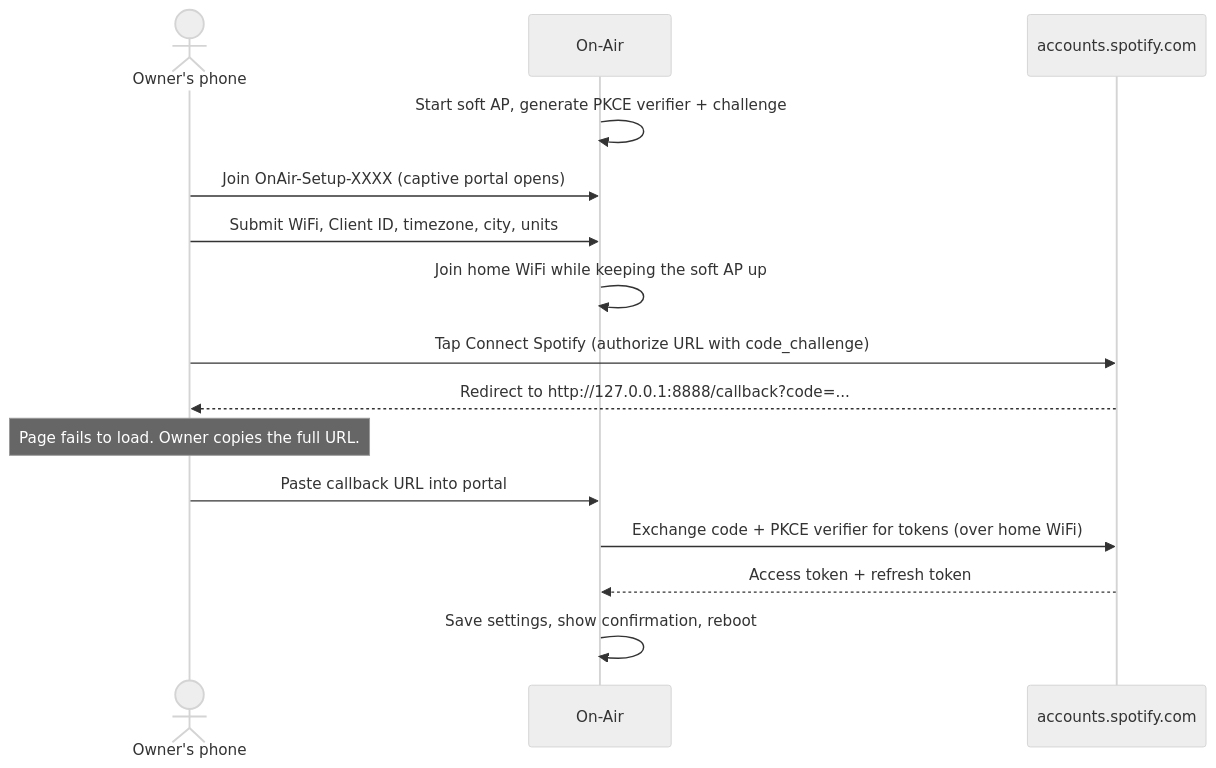
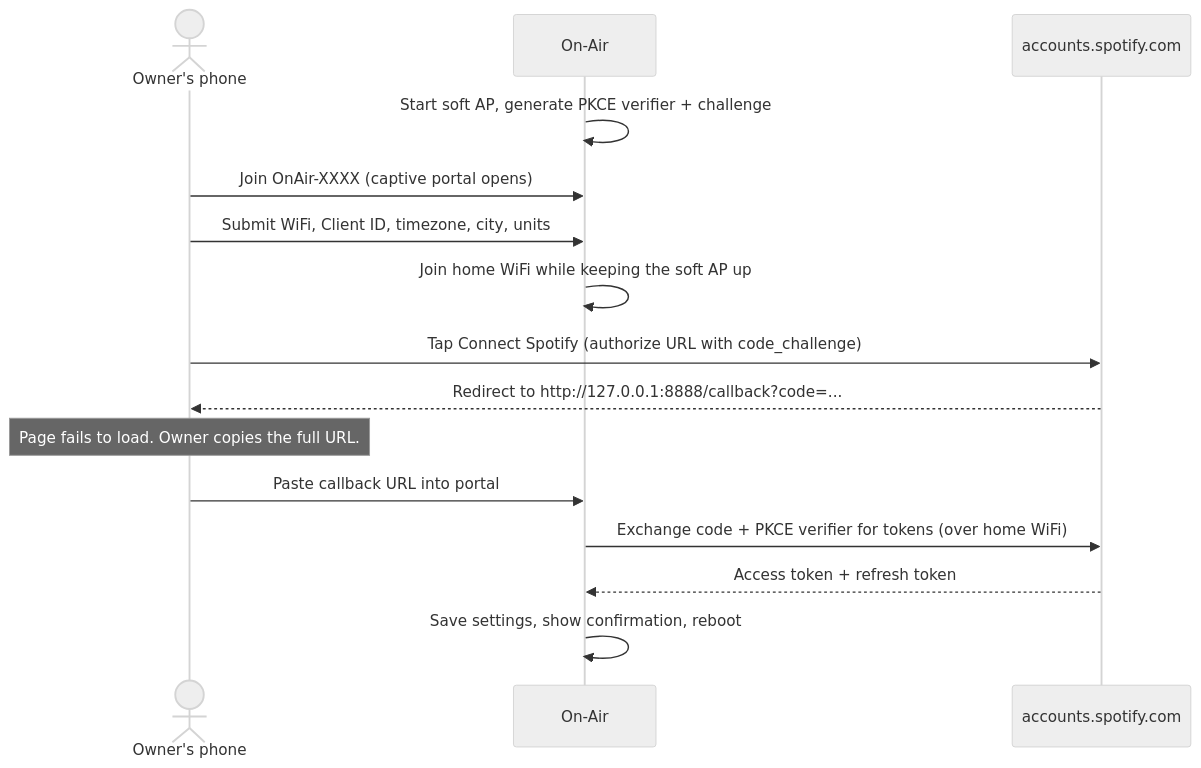
The second of 5 diagrams in docs/requirements.md (mathewpwheatley/on-air), drawn with Mermaid (neutral theme) before and after one commit. The commit also changed other lines of this file and 12 other files, not shown here.

````diff
--- a/docs/requirements.md
+++ b/docs/requirements.md
@@ -126,18 +126,18 @@
 ```mermaid
 sequenceDiagram
     actor Owner as Owner's phone
     participant Dev as On-Air
     participant Acc as accounts.spotify.com
 
     Dev->>Dev: Start soft AP, generate PKCE verifier + challenge
-    Owner->>Dev: Join OnAir-Setup-XXXX (captive portal opens)
+    Owner->>Dev: Join OnAir-XXXX (captive portal opens)
     Owner->>Dev: Submit WiFi, Client ID, timezone, city, units
     Dev->>Dev: Join home WiFi while keeping the soft AP up
     Owner->>Acc: Tap Connect Spotify (authorize URL with code_challenge)
     Acc-->>Owner: Redirect to http://127.0.0.1:8888/callback?code=...
     Note over Owner: Page fails to load. Owner copies the full URL.
     Owner->>Dev: Paste callback URL into portal
     Dev->>Acc: Exchange code + PKCE verifier for tokens (over home WiFi)
     Acc-->>Dev: Access token + refresh token
     Dev->>Dev: Save settings, show confirmation, reboot
 ```
````
